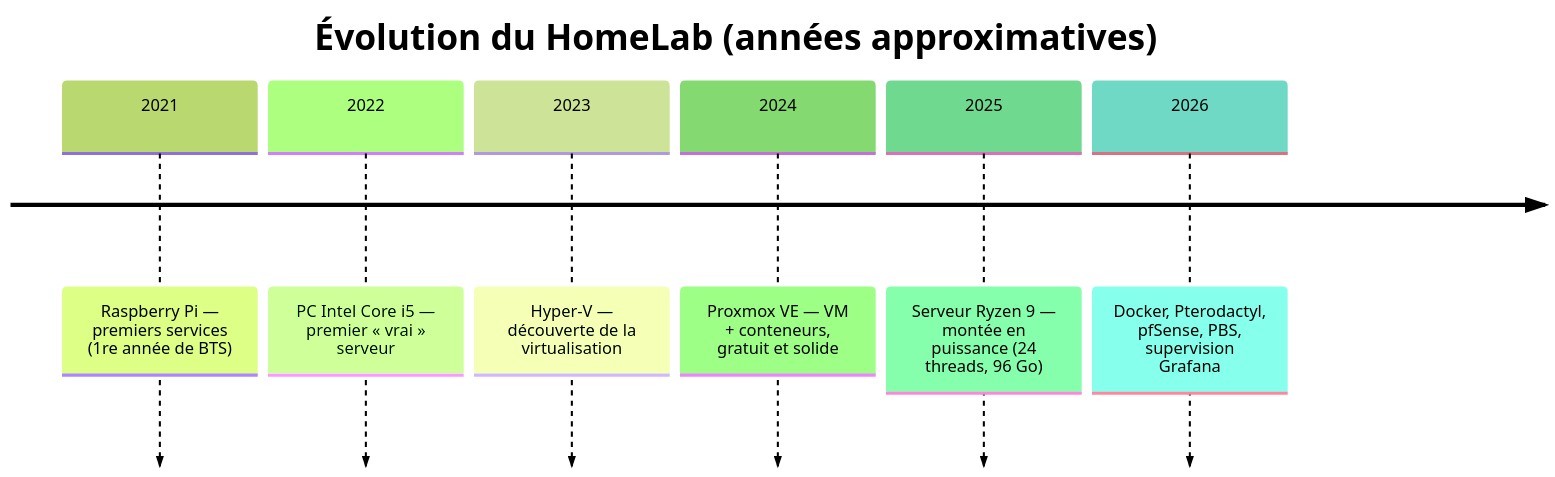
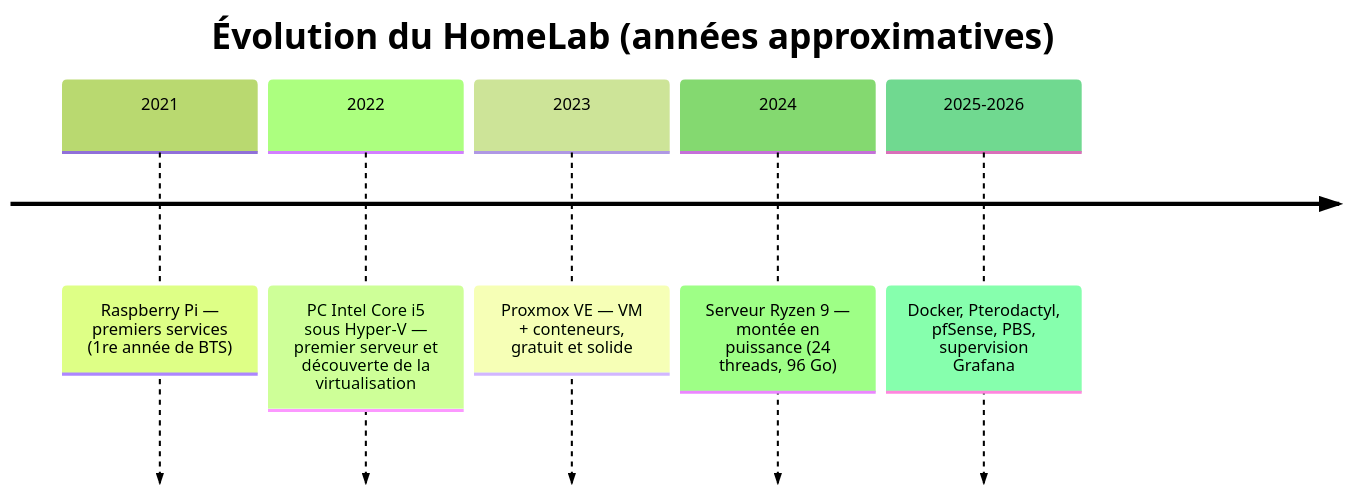
Before and after one commit to Lightshadow02/HomeLab: the diagram in docs/08-historique.md, drawn with Mermaid (forest theme).

Commit message:
Historique : PC i5 et Hyper-V regroupés en une étape
Claude-Session: https://claude.ai/code/session_01Cx4UYfmER9997BzPg8eLcr

````diff
--- a/docs/08-historique.md
+++ b/docs/08-historique.md
@@ -9,10 +9,9 @@
 ```mermaid
 timeline
     title Évolution du HomeLab (années approximatives)
     2021 : Raspberry Pi — premiers services (1re année de BTS)
-    2022 : PC Intel Core i5 — premier « vrai » serveur
-    2023 : Hyper-V — découverte de la virtualisation
-    2024 : Proxmox VE — VM + conteneurs, gratuit et solide
-    2025 : Serveur Ryzen 9 — montée en puissance (24 threads, 96 Go)
-    2026 : Docker, Pterodactyl, pfSense, PBS, supervision Grafana
+    2022 : PC Intel Core i5 sous Hyper-V — premier serveur et découverte de la virtualisation
+    2023 : Proxmox VE — VM + conteneurs, gratuit et solide
+    2024 : Serveur Ryzen 9 — montée en puissance (24 threads, 96 Go)
+    2025-2026 : Docker, Pterodactyl, pfSense, PBS, supervision Grafana
 ```
````
